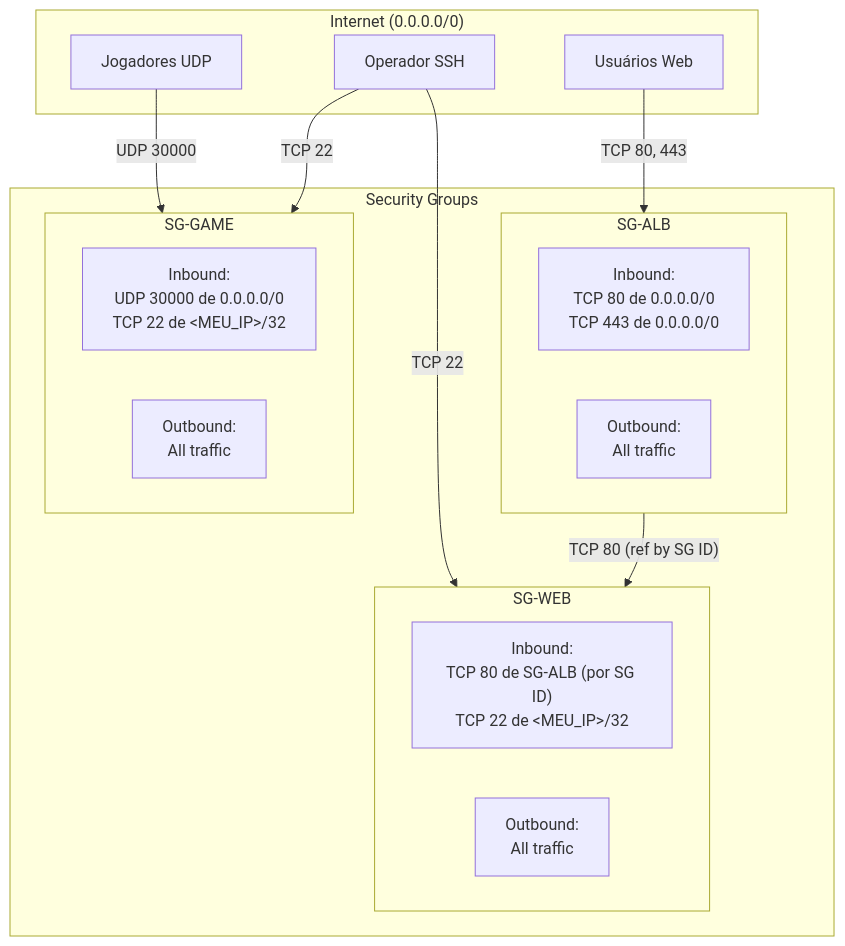
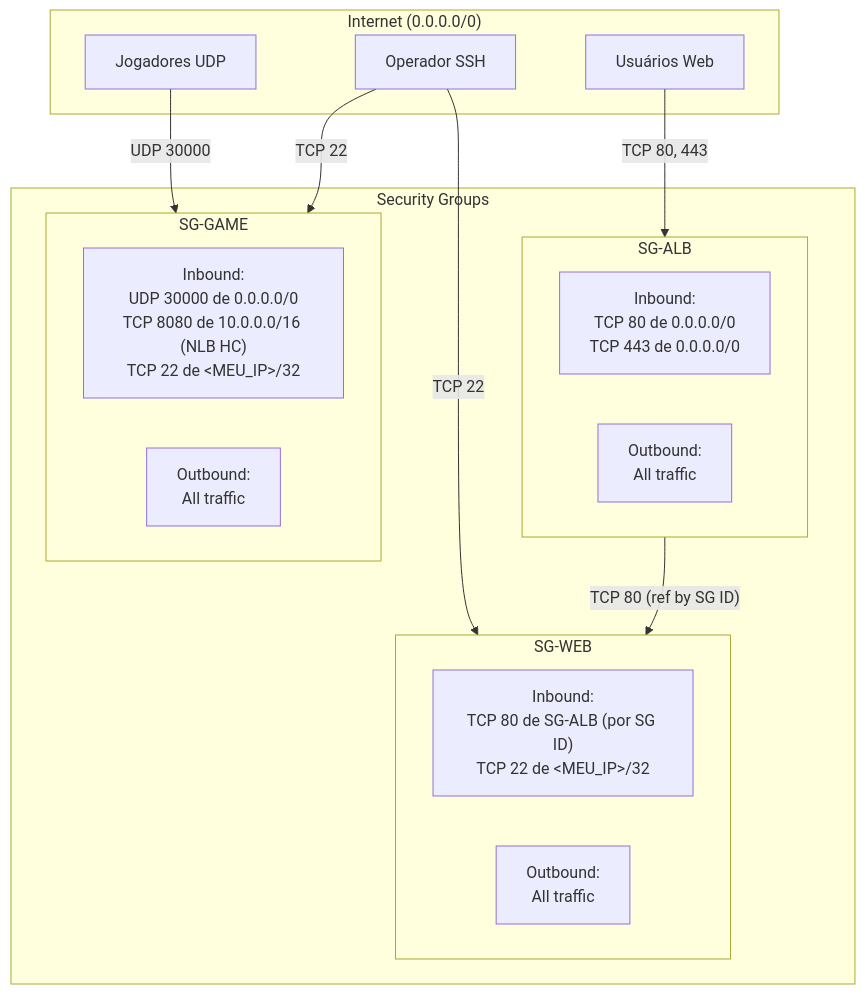
One commit to luizinhesta/AWS-Network-Load-Balancer changed the fourth of 7 diagrams in ARQUITETURA.md. Above: the diagram before and after it, drawn with Mermaid. The commit also changed other lines of this file and 10 other files, not shown here.

````diff
--- a/ARQUITETURA.md
+++ b/ARQUITETURA.md
@@ -173,31 +166,31 @@
 ```mermaid
 graph TB
     subgraph Internet["Internet (0.0.0.0/0)"]
         USER["Usuários Web"]
         PLAYER["Jogadores UDP"]
         ADMIN["Operador SSH"]
     end
 
     subgraph SGs["Security Groups"]
         subgraph SG_ALB["SG-ALB"]
             ALB_IN["Inbound:<br/>TCP 80 de 0.0.0.0/0<br/>TCP 443 de 0.0.0.0/0"]
             ALB_OUT["Outbound:<br/>All traffic"]
         end
 
         subgraph SG_WEB["SG-WEB"]
             WEB_IN["Inbound:<br/>TCP 80 de SG-ALB (por SG ID)<br/>TCP 22 de &lt;MEU_IP&gt;/32"]
             WEB_OUT["Outbound:<br/>All traffic"]
         end
 
         subgraph SG_GAME["SG-GAME"]
-            GAME_IN["Inbound:<br/>UDP 30000 de 0.0.0.0/0<br/>TCP 22 de &lt;MEU_IP&gt;/32"]
+            GAME_IN["Inbound:<br/>UDP 30000 de 0.0.0.0/0<br/>TCP 8080 de 10.0.0.0/16 (NLB HC)<br/>TCP 22 de &lt;MEU_IP&gt;/32"]
             GAME_OUT["Outbound:<br/>All traffic"]
         end
     end
 
     USER -->|"TCP 80, 443"| SG_ALB
     PLAYER -->|"UDP 30000"| SG_GAME
     ADMIN -->|"TCP 22"| SG_WEB
     ADMIN -->|"TCP 22"| SG_GAME
     SG_ALB -->|"TCP 80 (ref by SG ID)"| SG_WEB
 ```
````
